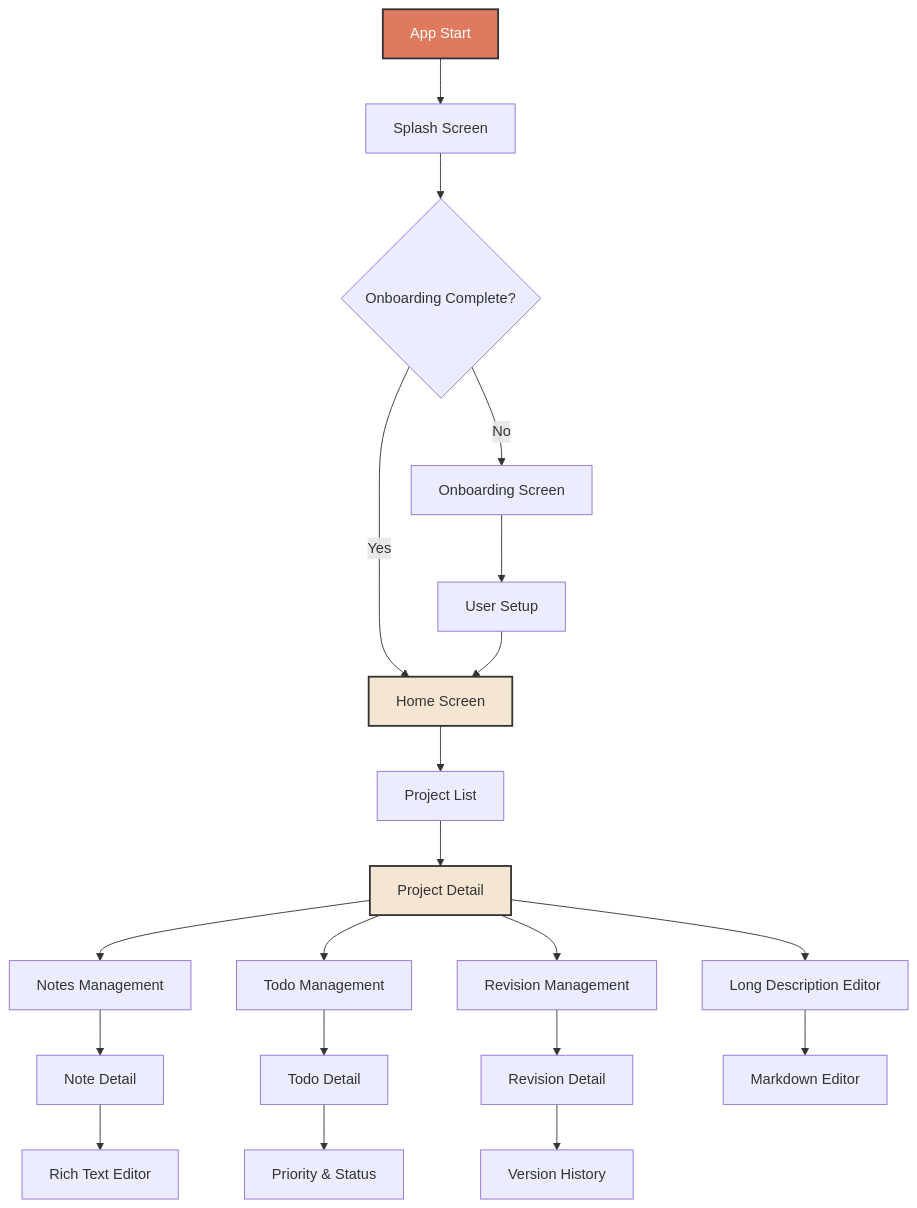
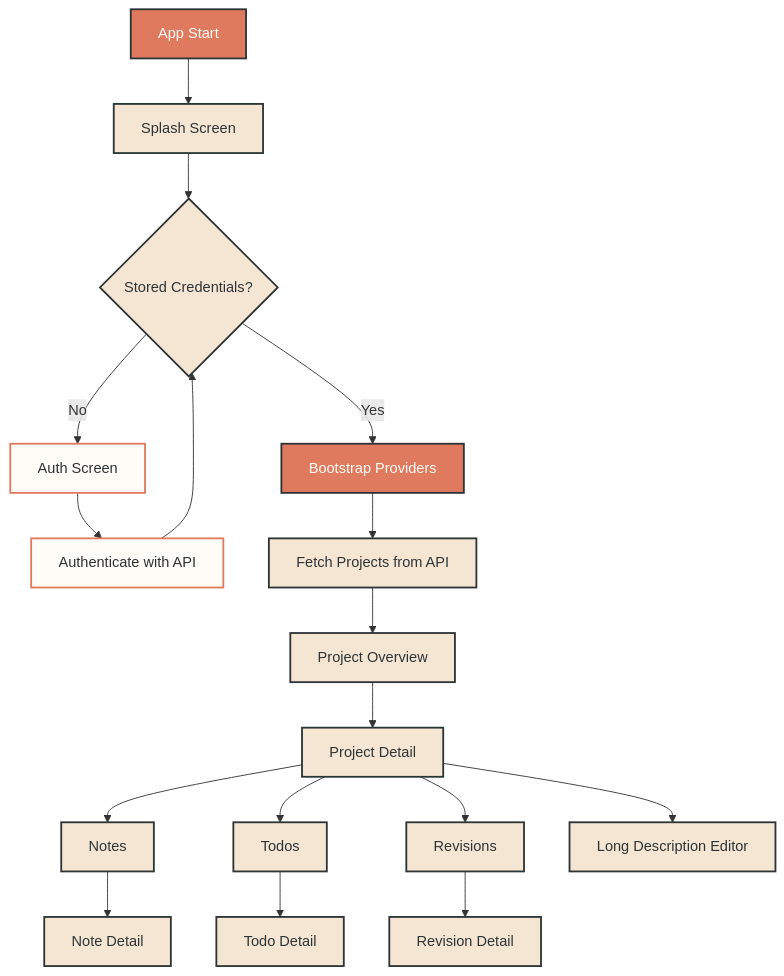
One commit to masumrpg/project_manager changed the first of 2 diagrams in README.md. Above: the diagram before and after it, drawn with Mermaid. The commit also changed other lines of this file and 5 other files, not shown here.

````diff
--- a/README.md
+++ b/README.md
@@ -64,31 +41,28 @@
 ```mermaid
 flowchart TD
     A[App Start] --> B[Splash Screen]
-    B --> C{Onboarding Complete?}
-    C -->|No| D[Onboarding Screen]
-    C -->|Yes| E[Home Screen]
-    D --> F[User Setup]
-    F --> E
-    
-    E --> G[Project List]
-    G --> H[Project Detail]
-    H --> I[Notes Management]
-    H --> J[Todo Management]
-    H --> K[Revision Management]
-    H --> L[Long Description Editor]
-    
-    I --> M[Note Detail]
-    M --> N[Rich Text Editor]
-    
-    J --> O[Todo Detail]
-    O --> P[Priority & Status]
-    
-    K --> Q[Revision Detail]
-    Q --> R[Version History]
-    
-    L --> S[Markdown Editor]
-    
-    style A fill:#E07A5F,stroke:#333,stroke-width:2px,color:#fff
-    style E fill:#F5E6D3,stroke:#333,stroke-width:2px
-    style H fill:#F5E6D3,stroke:#333,stroke-width:2px
+    B --> C{Stored Credentials?}
+    C -->|No| D[Auth Screen]
+    D --> E[Authenticate with API]
+    E --> C
+    C -->|Yes| F[Bootstrap Providers]
+    F --> G[Fetch Projects from API]
+    G --> H[Project Overview]
+    H --> I[Project Detail]
+    I --> J[Notes]
+    I --> K[Todos]
+    I --> L[Revisions]
+    I --> M[Long Description Editor]
+
+    J --> N[Note Detail]
+    K --> O[Todo Detail]
+    L --> P[Revision Detail]
+
+    classDef primary fill:#E07A5F,stroke:#2D3436,stroke-width:2px,color:#FFFBF7;
+    classDef secondary fill:#F5E6D3,stroke:#2D3436,stroke-width:2px,color:#2D3436;
+    classDef surface fill:#FFFBF7,stroke:#E07A5F,stroke-width:2px,color:#2D3436;
+
+    class A,F primary
+    class B,C,G,H,I,J,K,L,M,N,O,P secondary
+    class D,E surface
 ```
````
